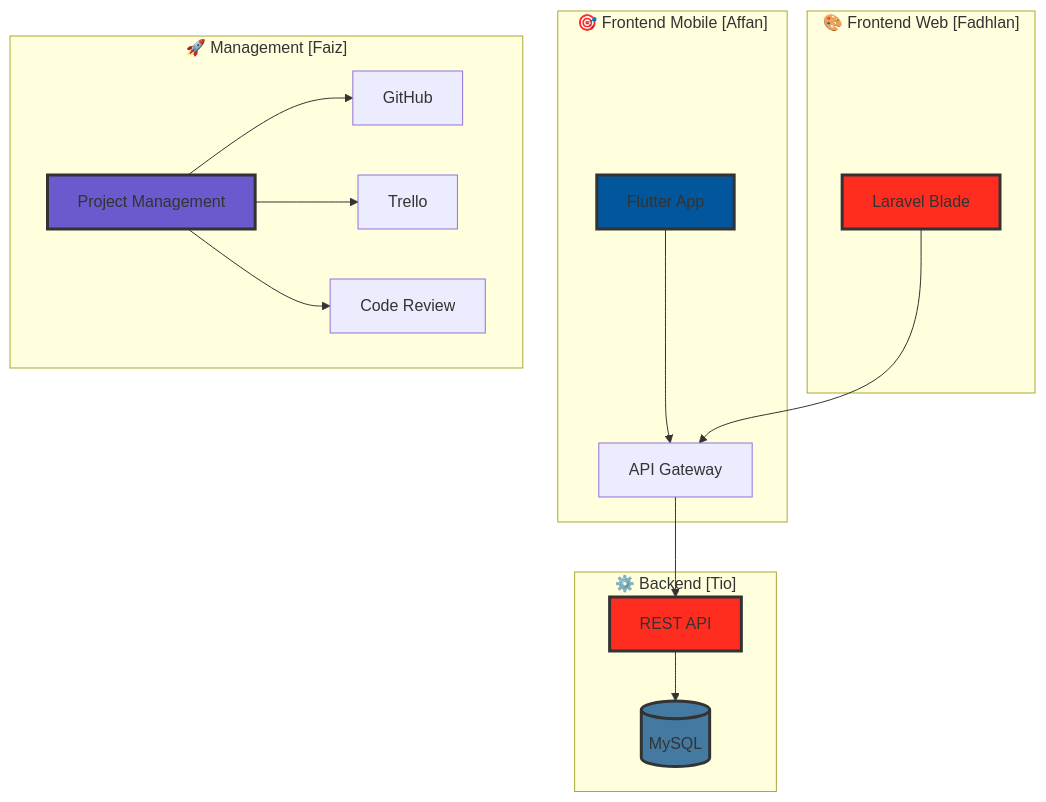
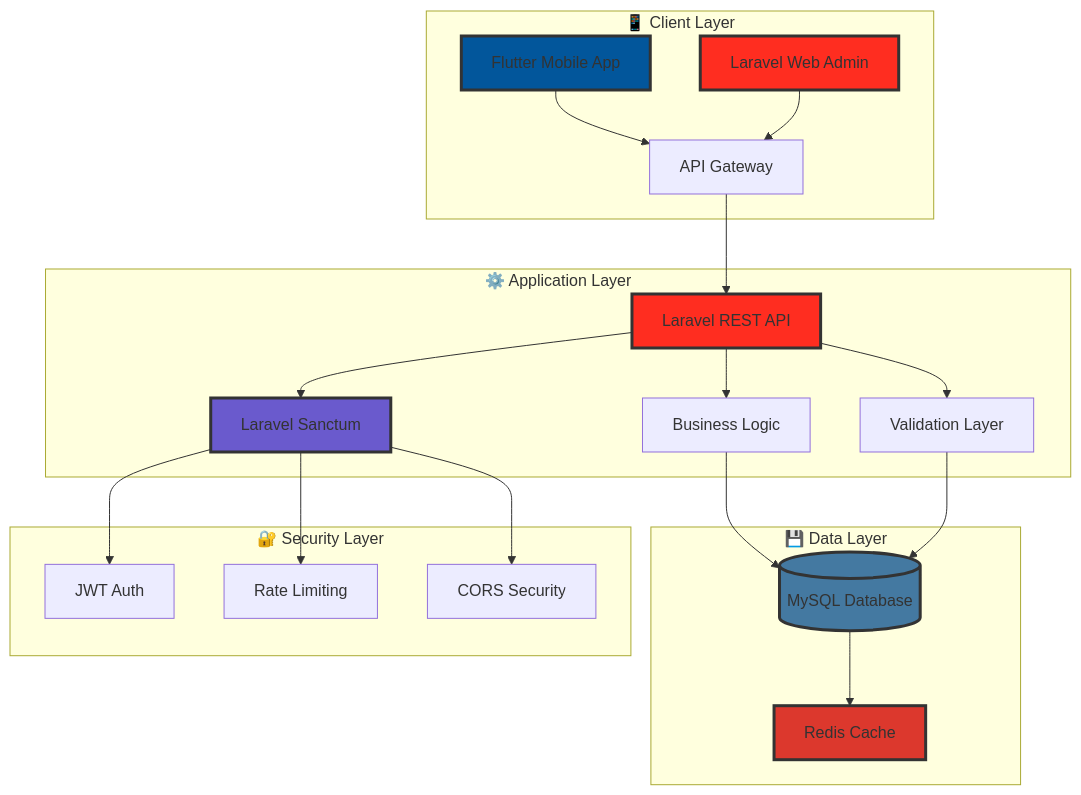
The first of 2 diagrams in README.md (AffanRifai/Toko-Roni-Mobile-App), drawn with Mermaid before and after one commit. The commit also changed other lines of this file, not shown here.

````diff
--- a/README.md
+++ b/README.md
@@ -250,27 +316,33 @@
   ```mermaid
   graph TB
-    subgraph "🎯 Frontend Mobile [Affan]"
-        A[Flutter App] --> B[API Gateway]
-    end
-    
-    subgraph "🎨 Frontend Web [Fadhlan]"
-        C[Laravel Blade] --> B
-    end
-    
-    subgraph "⚙️ Backend [Tio]"
-        B --> D[REST API]
-        D --> E[(MySQL)]
-    end
-    
-    subgraph "🚀 Management [Faiz]"
-        F[Project Management] --> G[GitHub]
-        F --> H[Trello]
-        F --> I[Code Review]
-    end
-    
-    style A fill:#02569B,stroke:#333,stroke-width:3px
-    style C fill:#FF2D20,stroke:#333,stroke-width:3px
-    style D fill:#FF2D20,stroke:#333,stroke-width:3px
-    style E fill:#4479A1,stroke:#333,stroke-width:3px
-    style F fill:#6A5ACD,stroke:#333,stroke-width:3px
+      subgraph "📱 Client Layer"
+          A[Flutter Mobile App] --> G[API Gateway]
+          B[Laravel Web Admin] --> G
+      end
+      
+      subgraph "⚙️ Application Layer"
+          G --> C[Laravel REST API]
+          C --> D[Laravel Sanctum]
+          C --> E[Business Logic]
+          C --> F[Validation Layer]
+      end
+      
+      subgraph "💾 Data Layer"
+          E --> H[(MySQL Database)]
+          F --> H
+          H --> I[Redis Cache]
+      end
+      
+      subgraph "🔐 Security Layer"
+          D --> J[JWT Auth]
+          D --> K[Rate Limiting]
+          D --> L[CORS Security]
+      end
+      
+      style A fill:#02569B,stroke:#333,stroke-width:3px
+      style B fill:#FF2D20,stroke:#333,stroke-width:3px
+      style C fill:#FF2D20,stroke:#333,stroke-width:3px
+      style D fill:#6A5ACD,stroke:#333,stroke-width:3px
+      style H fill:#4479A1,stroke:#333,stroke-width:3px
+      style I fill:#DC382D,stroke:#333,stroke-width:3px
   ```
````
